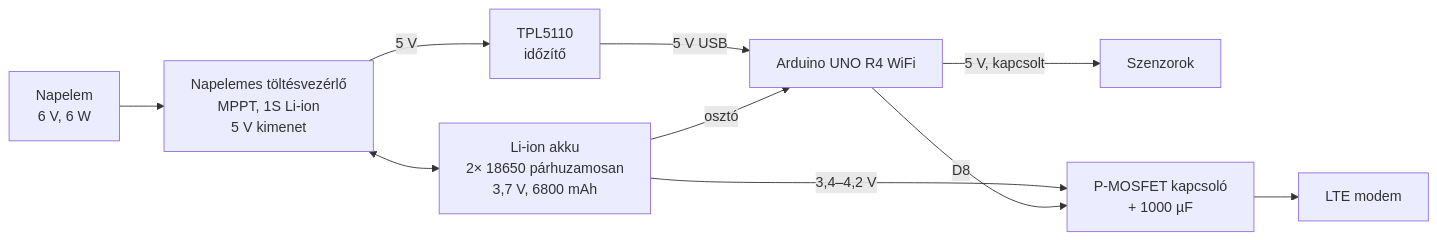
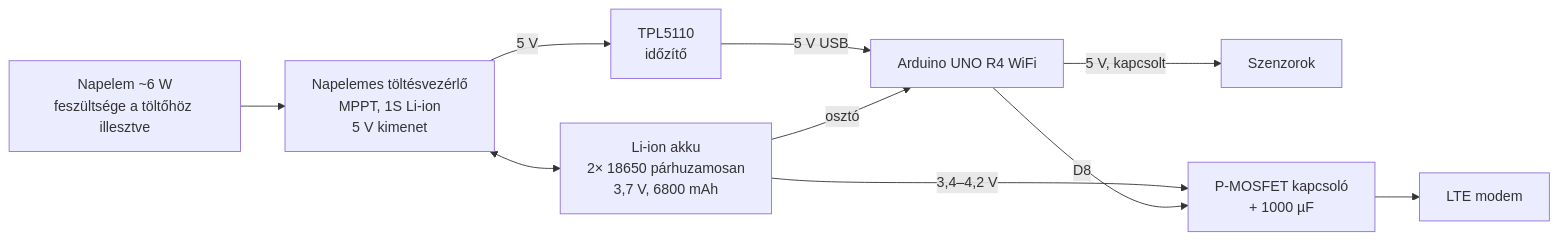
Before and after one commit to zui679/vizerzekelo: the diagram in docs/04_energiaellatas.md, drawn with Mermaid. The commit also changed other lines of this file and 17 other files, not shown here.

````diff
--- a/docs/04_energiaellatas.md
+++ b/docs/04_energiaellatas.md
@@ -5,11 +5,11 @@
 ```mermaid
 flowchart LR
-    PV[Napelem<br/>6 V, 6 W] --> CHG[Napelemes töltésvezérlő<br/>MPPT, 1S Li-ion<br/>5 V kimenet]
+    PV[Napelem ~6 W<br/>feszültsége a töltőhöz illesztve] --> CHG[Napelemes töltésvezérlő<br/>MPPT, 1S Li-ion<br/>5 V kimenet]
     CHG <--> BAT[Li-ion akku<br/>2× 18650 párhuzamosan<br/>3,7 V, 6800 mAh]
     CHG -- 5 V --> TPL[TPL5110<br/>időzítő]
     TPL -- 5 V USB --> ARD[Arduino UNO R4 WiFi]
     ARD -- 5 V, kapcsolt --> SZ[Szenzorok]
     BAT -- 3,4–4,2 V --> SW[P-MOSFET kapcsoló<br/>+ 1000 µF] --> MOD[LTE modem]
     ARD -- D8 --> SW
     BAT -- osztó --> ARD
 ```
````
